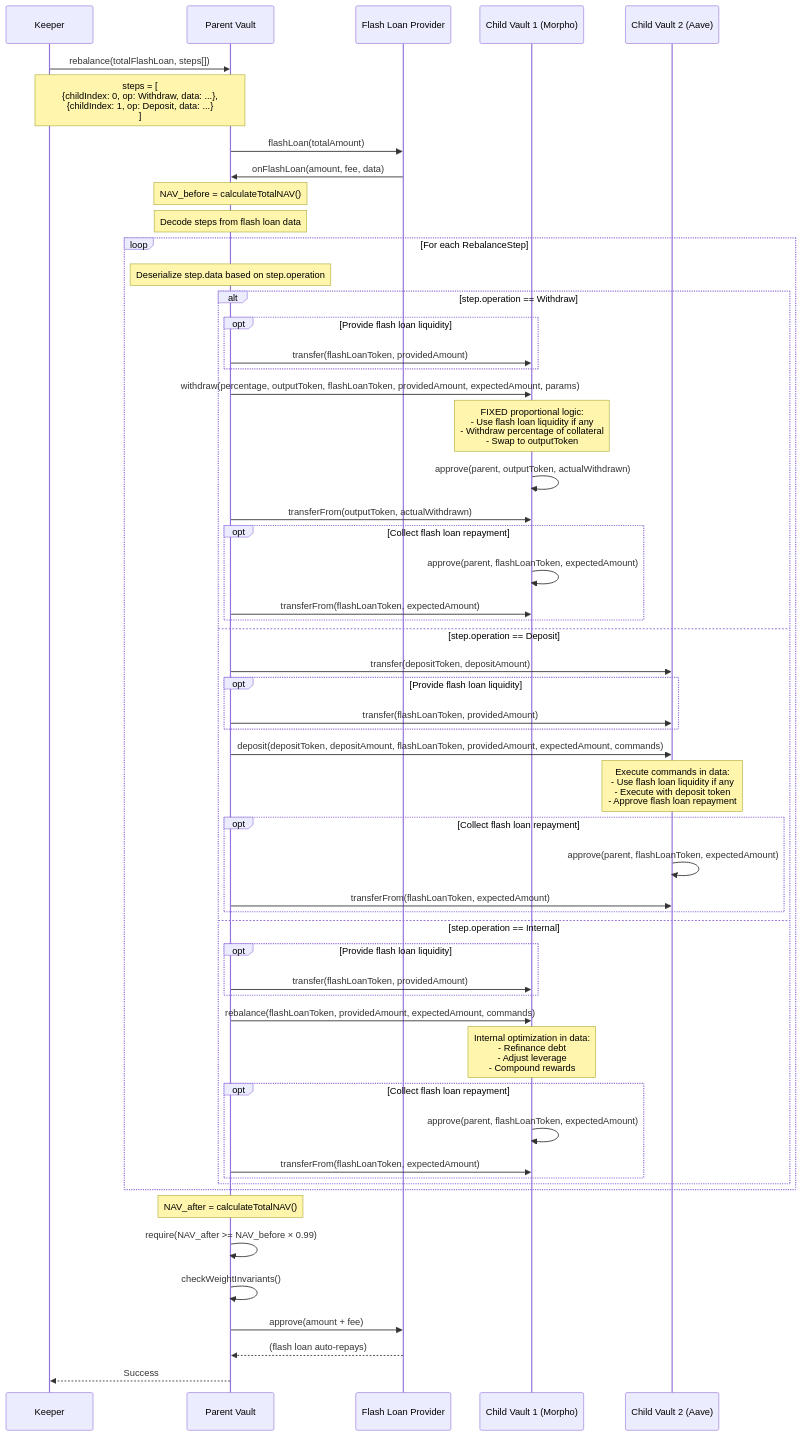
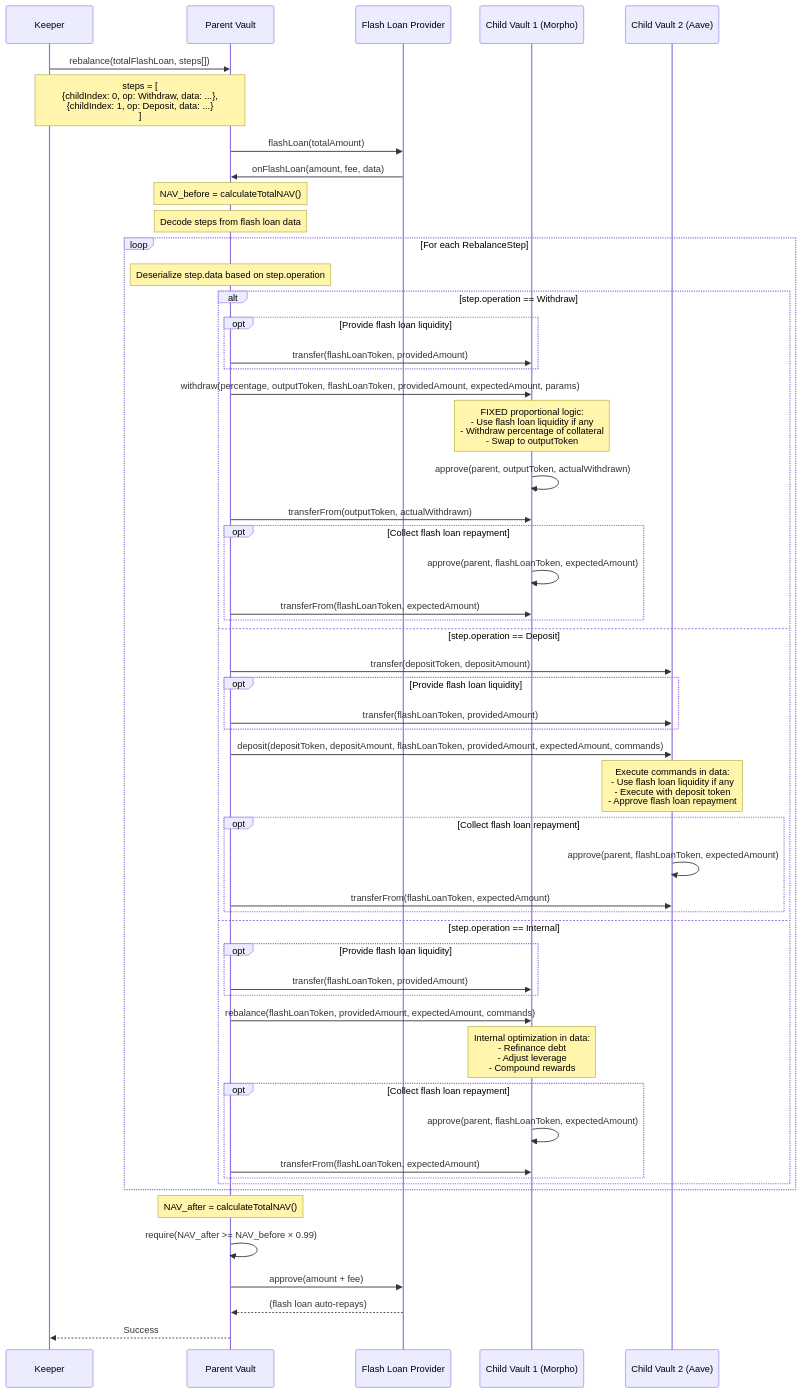
Before and after one commit to evgenynacu/leveraged-defi-strategy-contracts: the third of 3 diagrams in docs/adr/0005-deposit-withdrawal-settlement.md, drawn with Mermaid. The commit also changed other lines of this file and 6 other files, not shown here.

````diff
--- a/docs/adr/0005-deposit-withdrawal-settlement.md
+++ b/docs/adr/0005-deposit-withdrawal-settlement.md
@@ -354,78 +355,77 @@
 ```mermaid
 sequenceDiagram
     participant K as Keeper
     participant P as Parent Vault
     participant FL as Flash Loan Provider
     participant C1 as Child Vault 1 (Morpho)
     participant C2 as Child Vault 2 (Aave)
 
     K->>P: rebalance(totalFlashLoan, steps[])
 
     Note over K,P: steps = [<br/>  {childIndex: 0, op: Withdraw, data: ...},<br/>  {childIndex: 1, op: Deposit, data: ...}<br/>]
 
     P->>FL: flashLoan(totalAmount)
 
     FL->>P: onFlashLoan(amount, fee, data)
 
     Note over P: NAV_before = calculateTotalNAV()
 
     Note over P: Decode steps from flash loan data
 
     loop For each RebalanceStep
         Note over P: Deserialize step.data based on step.operation
 
         alt step.operation == Withdraw
             opt Provide flash loan liquidity
                 P->>C1: transfer(flashLoanToken, providedAmount)
             end
             P->>C1: withdraw(percentage, outputToken, flashLoanToken, providedAmount, expectedAmount, params)
 
             Note over C1: FIXED proportional logic:<br/>- Use flash loan liquidity if any<br/>- Withdraw percentage of collateral<br/>- Swap to outputToken
 
             C1->>C1: approve(parent, outputToken, actualWithdrawn)
             P->>C1: transferFrom(outputToken, actualWithdrawn)
 
             opt Collect flash loan repayment
                 C1->>C1: approve(parent, flashLoanToken, expectedAmount)
                 P->>C1: transferFrom(flashLoanToken, expectedAmount)
             end
 
         else step.operation == Deposit
             P->>C2: transfer(depositToken, depositAmount)
             opt Provide flash loan liquidity
                 P->>C2: transfer(flashLoanToken, providedAmount)
             end
             P->>C2: deposit(depositToken, depositAmount, flashLoanToken, providedAmount, expectedAmount, commands)
 
             Note over C2: Execute commands in data:<br/>- Use flash loan liquidity if any<br/>- Execute with deposit token<br/>- Approve flash loan repayment
 
             opt Collect flash loan repayment
                 C2->>C2: approve(parent, flashLoanToken, expectedAmount)
                 P->>C2: transferFrom(flashLoanToken, expectedAmount)
             end
 
         else step.operation == Internal
             opt Provide flash loan liquidity
                 P->>C1: transfer(flashLoanToken, providedAmount)
             end
             P->>C1: rebalance(flashLoanToken, providedAmount, expectedAmount, commands)
 
             Note over C1: Internal optimization in data:<br/>- Refinance debt<br/>- Adjust leverage<br/>- Compound rewards
 
             opt Collect flash loan repayment
                 C1->>C1: approve(parent, flashLoanToken, expectedAmount)
                 P->>C1: transferFrom(flashLoanToken, expectedAmount)
             end
         end
     end
 
     Note over P: NAV_after = calculateTotalNAV()
 
     P->>P: require(NAV_after >= NAV_before × 0.99)
-    P->>P: checkWeightInvariants()
 
     P->>FL: approve(amount + fee)
     FL-->>P: (flash loan auto-repays)
 
     P-->>K: Success
 ```
````
